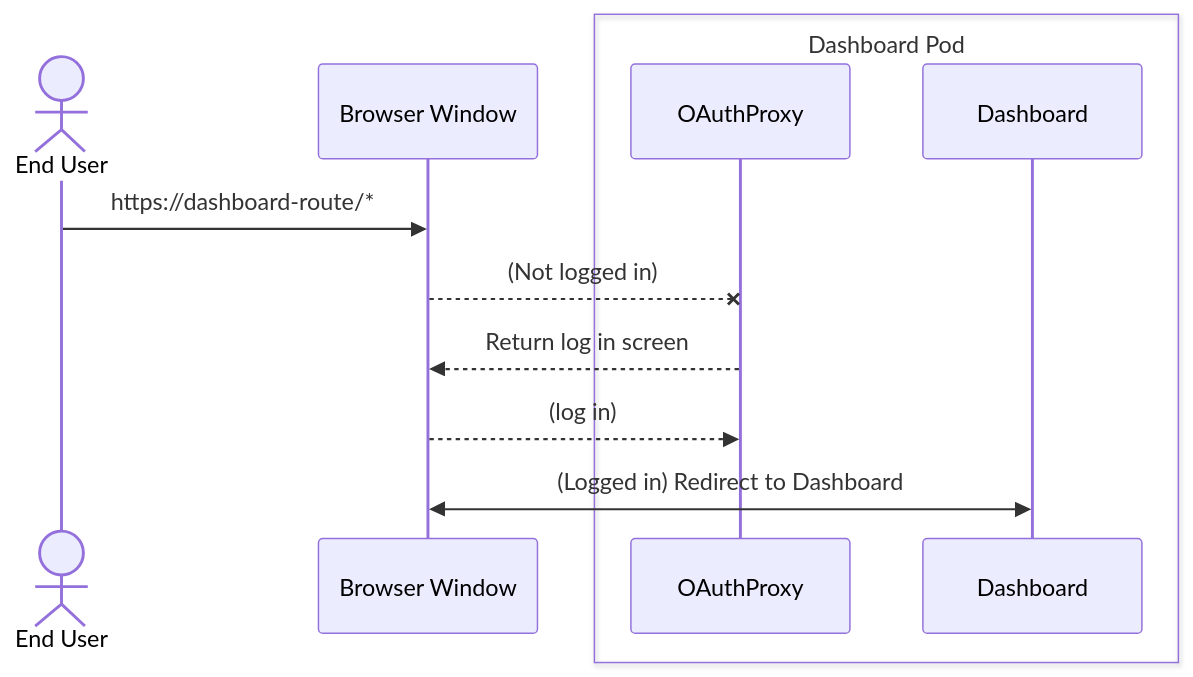
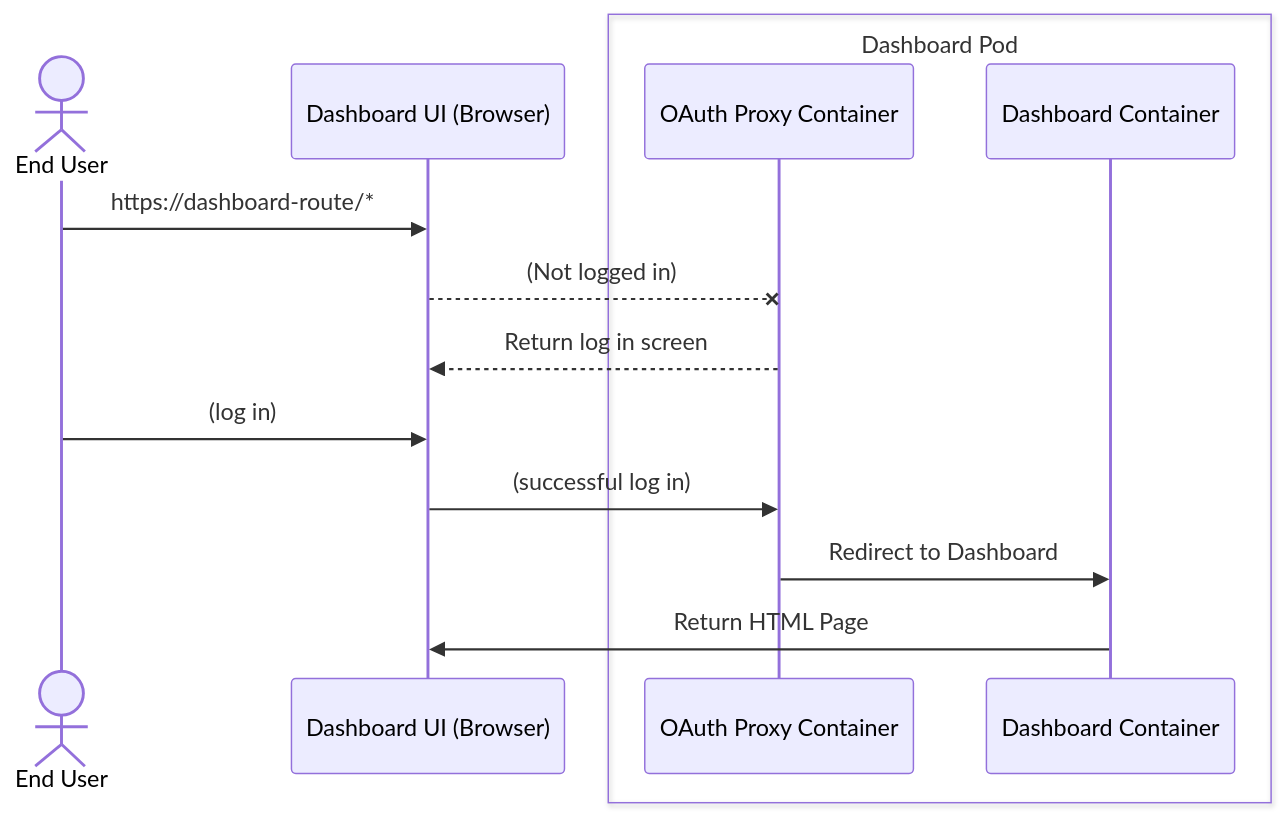
The first of 2 diagrams in documentation/components/dashboard/README.md (opendatahub-io/architecture-decision-records), drawn with Mermaid before and after one commit. The commit also changed other lines of this file, not shown here.

````diff
--- a/documentation/components/dashboard/README.md
+++ b/documentation/components/dashboard/README.md
@@ -28,15 +28,17 @@
 ```mermaid
 sequenceDiagram
     actor EndUser as End User
-    participant Browser as Browser Window
+    participant DashboardUI as Dashboard UI (Browser)
     box Dashboard Pod
-    participant OAuthProxy
-    participant Dashboard
+    participant OAuthProxy as OAuth Proxy Container
+    participant Dashboard as Dashboard Container
     end
 
-    EndUser->>Browser: https://dashboard-route/*
-    Browser--xOAuthProxy: (Not logged in)
-    OAuthProxy-->>Browser: Return log in screen
-    Browser-->>OAuthProxy: (log in)
-    Browser<<->>Dashboard: (Logged in) Redirect to Dashboard
+    EndUser->>DashboardUI: https://dashboard-route/*
+    DashboardUI--xOAuthProxy: (Not logged in)
+    OAuthProxy-->>DashboardUI: Return log in screen
+    EndUser->>DashboardUI: (log in)
+    DashboardUI->>OAuthProxy: (successful log in)
+    OAuthProxy->>Dashboard: Redirect to Dashboard
+    Dashboard->>DashboardUI: Return HTML Page
 ```
````
